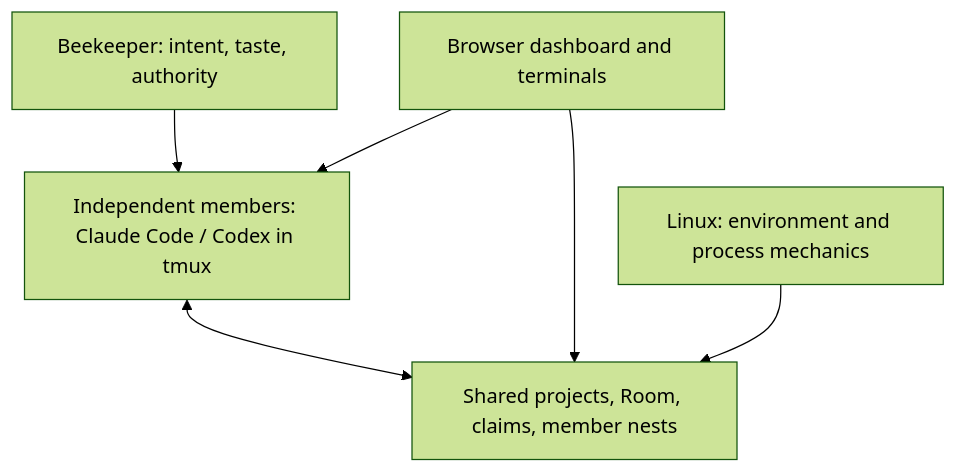
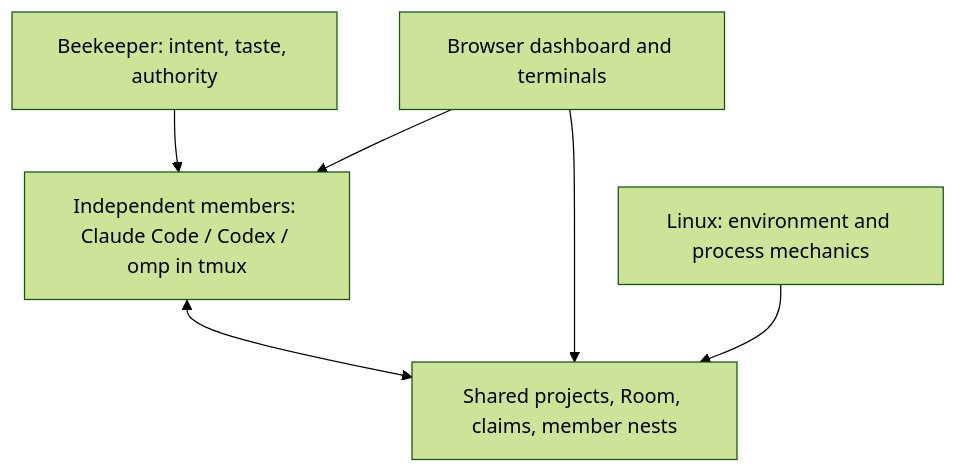
The diagram in README.md (PhucTruong-ctrl/agentic-hive), drawn with Mermaid (forest theme) before and after one commit. The commit also changed other lines of this file and 12 other files, not shown here.

````diff
--- a/README.md
+++ b/README.md
@@ -59,8 +59,8 @@
 ```mermaid
 flowchart TD
-    human["Beekeeper: intent, taste, authority"] --> members["Independent members: Claude Code / Codex in tmux"]
+    human["Beekeeper: intent, taste, authority"] --> members["Independent members: Claude Code / Codex / omp in tmux"]
     members <--> habitat["Shared projects, Room, claims, member nests"]
     dashboard["Browser dashboard and terminals"] --> members
     dashboard --> habitat
     unix["Linux: environment and process mechanics"] --> habitat
 ```
````
